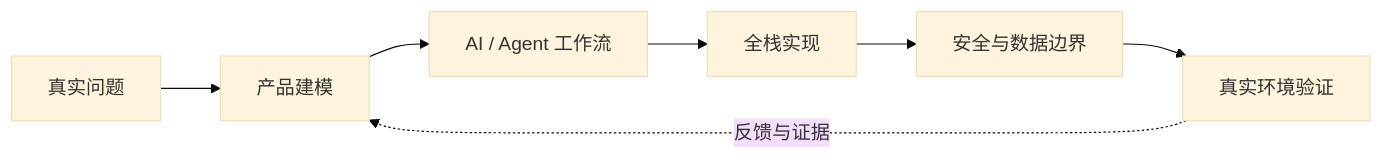
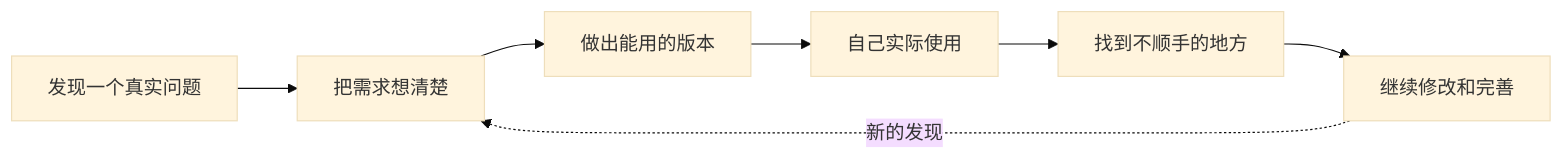
Before and after one commit to cheng-Lokesh/cheng-Lokesh: the diagram in README.md, drawn with Mermaid (base theme). The commit also changed other lines of this file, not shown here.

````diff
--- a/README.md
+++ b/README.md
@@ -9,9 +11,9 @@
 ```mermaid
 flowchart LR
-    A[真实问题] --> B[产品建模]
-    B --> C[AI / Agent 工作流]
-    C --> D[全栈实现]
-    D --> E[安全与数据边界]
-    E --> F[真实环境验证]
-    F -. 反馈与证据 .-> B
+    A[发现一个真实问题] --> B[把需求想清楚]
+    B --> C[做出能用的版本]
+    C --> D[自己实际使用]
+    D --> E[找到不顺手的地方]
+    E --> F[继续修改和完善]
+    F -. 新的发现 .-> B
 ```
````
